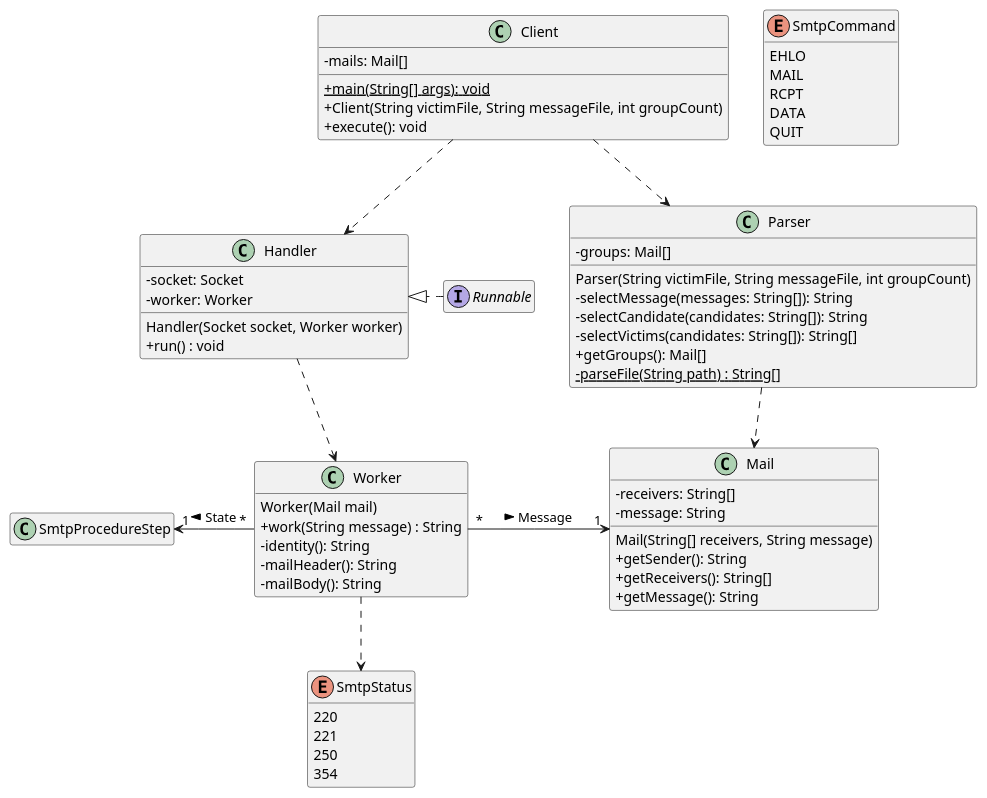
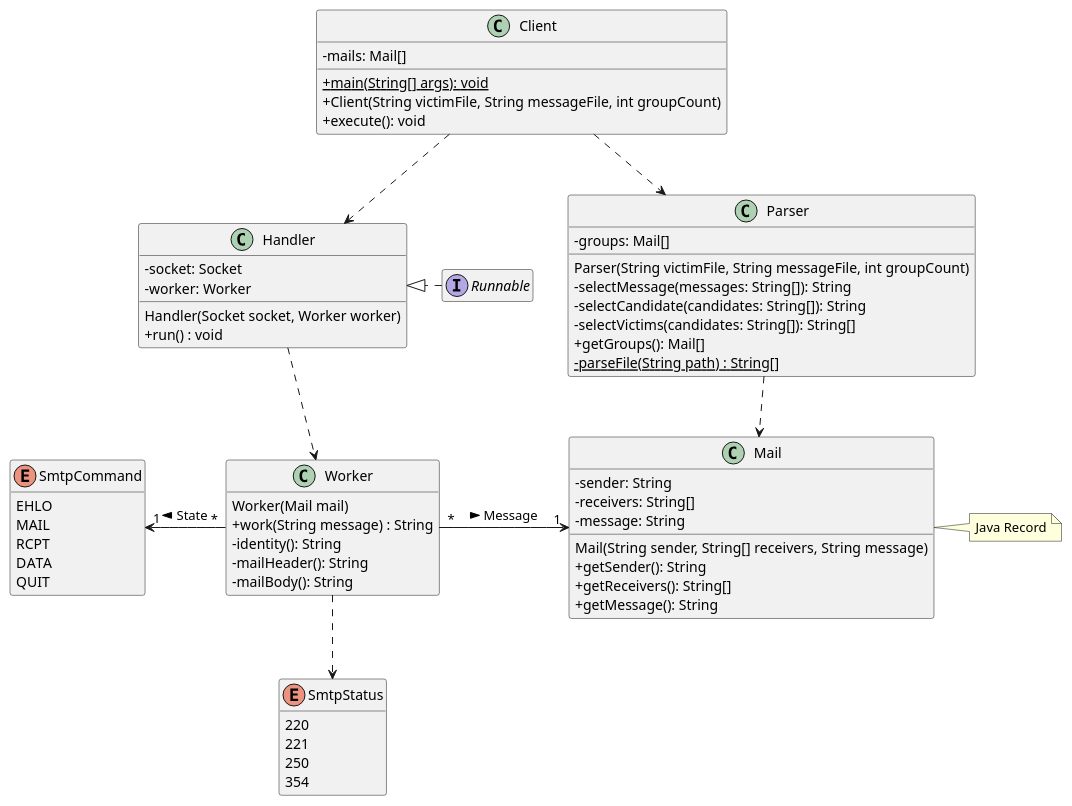
One commit to a-mango/dai-lab-smtp changed the diagram in doc/class_diagram.puml. Above: the diagram before and after it, drawn with PlantUML. The commit also changed 2 other files, not shown here.

Commit message:
fix: refactor mail class to a record

```diff
--- a/doc/class_diagram.puml
+++ b/doc/class_diagram.puml
@@ -1,74 +1,78 @@
 @startuml
 'https://plantuml.com/class-diagram
 skinparam classAttributeIconSize 0
 skinparam groupInheritance 3
 hide empty methods
 hide empty members
 
 class Client {
     {static} + main(String[] args): void
     - mails: Mail[]
     + Client(String victimFile, String messageFile, int groupCount)
     + execute(): void
 }
 
 class Handler {
     - socket: Socket
     - worker: Worker
     Handler(Socket socket, Worker worker)
     + run() : void
 }
 
 class Worker {
     Worker(Mail mail)
     + work(String message) : String
     - identity(): String
     - mailHeader(): String
     - mailBody(): String
 }
 
 enum SmtpCommand {
     EHLO
     MAIL
     RCPT
     DATA
     QUIT
 }
 
 enum SmtpStatus {
     220
     221
     250
     354
 }
 
 class Parser {
     - groups: Mail[]
     Parser(String victimFile, String messageFile, int groupCount)
     - selectMessage(messages: String[]): String
     - selectCandidate(candidates: String[]): String
     - selectVictims(candidates: String[]): String[]
     + getGroups(): Mail[]
     {static} - parseFile(String path) : String[]
 }
 
 class Mail {
+    - sender: String
     - receivers: String[]
     - message: String
-    Mail(String[] receivers, String message)
+    Mail(String sender, String[] receivers, String message)
     + getSender(): String
     + getReceivers(): String[]
     + getMessage(): String
 }
+
+note right of Mail: Java Record
+
 
 interface Runnable
 
 Client ..> Handler
 Client ..> Parser
 Handler .down.> Worker
 Runnable .right.|> Handler
 Parser ..> Mail
 Worker "*" -right-> "1" Mail : "Message >"
-Worker "*" -left-> "1" SmtpProcedureStep : "State >"
+Worker "*" -left-> "1" SmtpCommand : "State >"
 Worker .down.> SmtpStatus
 @enduml
```
